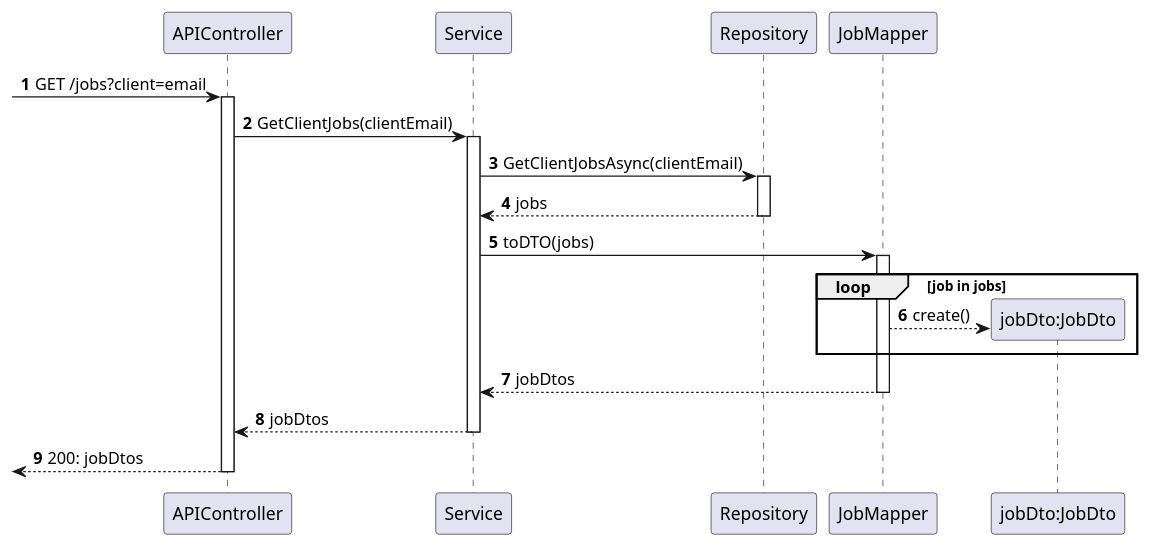
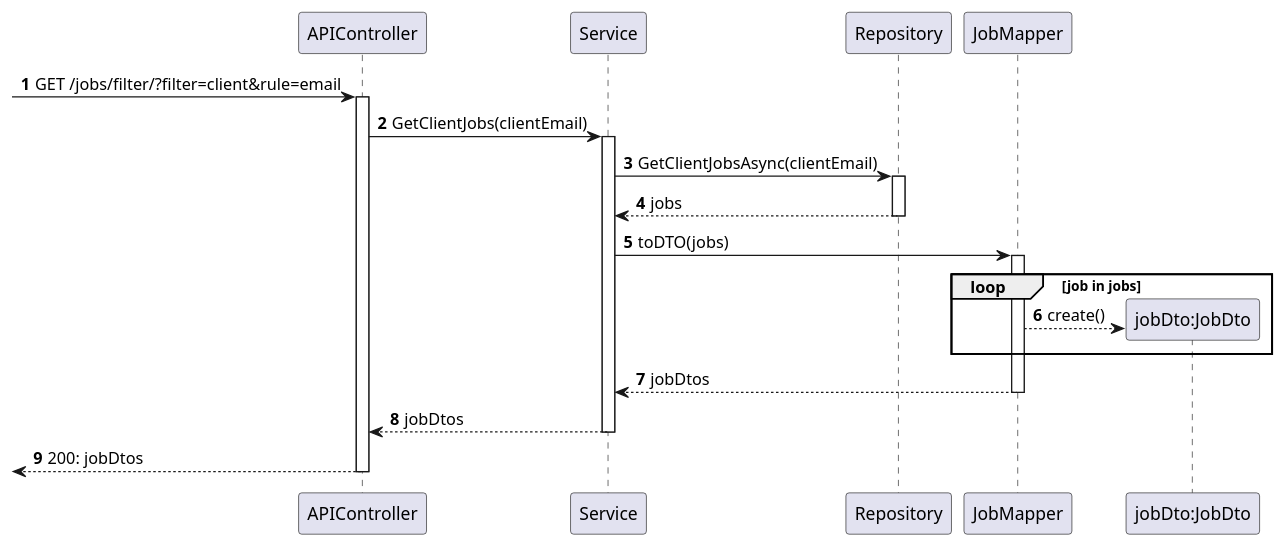
The diagram in docs/us110/level3/mdt-process-view.puml (Departamento-de-Engenharia-Informatica/lapr5-23-24-g19), drawn with PlantUML before and after one commit. The commit also changed 5 other files, not shown here.

```diff
--- a/docs/us110/level3/mdt-process-view.puml
+++ b/docs/us110/level3/mdt-process-view.puml
@@ -1,38 +1,38 @@
 @startuml
 autonumber
 
 participant "APIController" as ctrl
 
 participant "Service" as svc
 
 participant "Repository" as repo
 
 participant "JobMapper" as mapper
 participant "jobDto:JobDto" as j_dto
 
-[-> ctrl : GET /jobs?client=email
+[-> ctrl : GET /jobs/filter/?filter=client&rule=email
 
 activate ctrl
     ctrl -> svc : GetClientJobs(clientEmail)
     activate svc
         svc -> repo : GetClientJobsAsync(clientEmail)
 
         activate repo
             repo --> svc : jobs
         deactivate repo
 
         svc -> mapper : toDTO(jobs)
         activate mapper
             loop job in jobs
                 mapper --> j_dto** : create()
             end
             mapper --> svc : jobDtos
         deactivate mapper
 
         svc --> ctrl : jobDtos
     deactivate svc
 
     [<-- ctrl : 200: jobDtos
 deactivate ctrl
 
 @enduml
```
